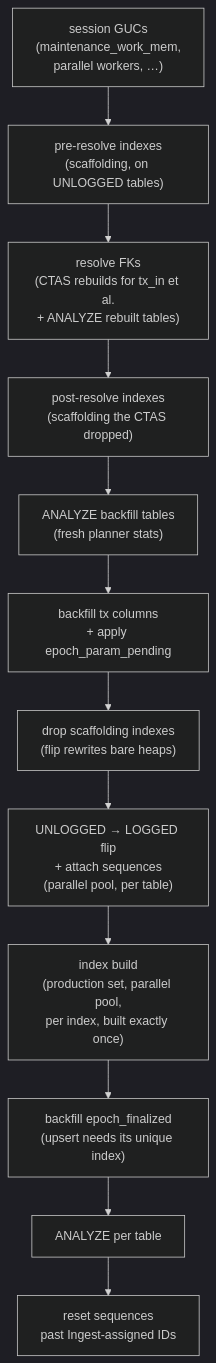
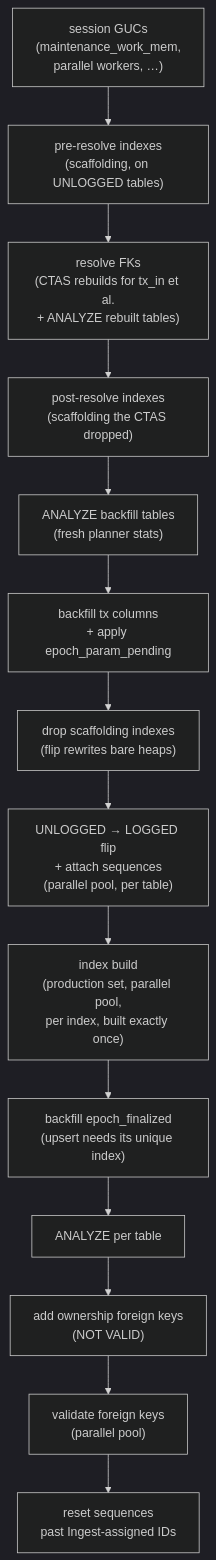
Before and after one commit to input-output-hk/dbsync: the diagram in docs/developers/phases/preparing.md, drawn with Mermaid (dark theme). The commit also changed other lines of this file and 83 other files, not shown here.

````diff
--- a/docs/developers/phases/preparing.md
+++ b/docs/developers/phases/preparing.md
@@ -32,19 +33,21 @@
 ```mermaid
 flowchart TD
     GUCs["session GUCs<br/>(maintenance_work_mem,<br/>parallel workers, …)"]
     PreIdx["pre-resolve indexes<br/>(scaffolding, on UNLOGGED tables)"]
     Resolve["resolve FKs<br/>(CTAS rebuilds for tx_in et al.<br/>+ ANALYZE rebuilt tables)"]
     PostIdx["post-resolve indexes<br/>(scaffolding the CTAS dropped)"]
     Analyze1["ANALYZE backfill tables<br/>(fresh planner stats)"]
     Backfill["backfill tx columns<br/>+ apply epoch_param_pending"]
     Drop["drop scaffolding indexes<br/>(flip rewrites bare heaps)"]
     Flip["UNLOGGED → LOGGED flip<br/>+ attach sequences<br/>(parallel pool, per table)"]
     Build["index build<br/>(production set, parallel pool,<br/>per index, built exactly once)"]
     EpochFin["backfill epoch_finalized<br/>(upsert needs its unique index)"]
     Analyze2["ANALYZE per table"]
+    FkAdd["add ownership foreign keys<br/>(NOT VALID)"]
+    FkVal["validate foreign keys<br/>(parallel pool)"]
     Seq["reset sequences<br/>past Ingest-assigned IDs"]
 
     GUCs --> PreIdx --> Resolve --> PostIdx --> Analyze1
     Analyze1 --> Backfill --> Drop --> Flip --> Build
-    Build --> EpochFin --> Analyze2 --> Seq
+    Build --> EpochFin --> Analyze2 --> FkAdd --> FkVal --> Seq
 ```
````
